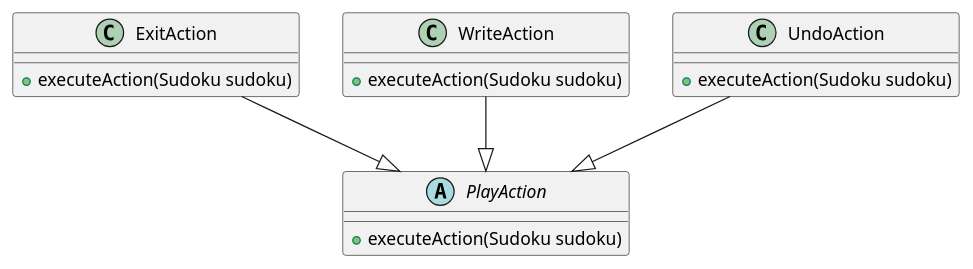
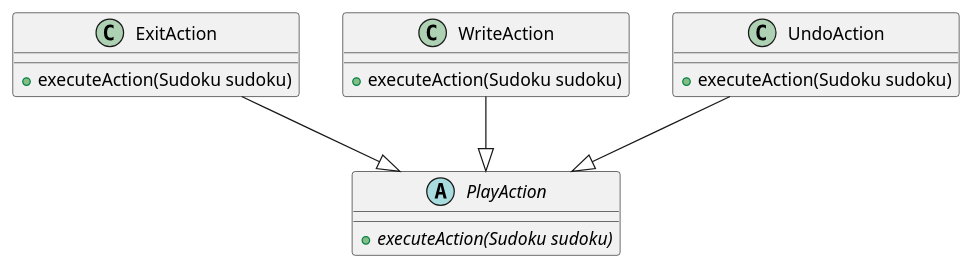
One commit to mohjohfox/cli-sudoku changed the diagram in uml/solid/ocp_1.puml. Above: the diagram before and after it, drawn with PlantUML. The commit also changed 18 other files, not shown here.

```diff
--- a/uml/solid/ocp_1.puml
+++ b/uml/solid/ocp_1.puml
@@ -1,21 +1,21 @@
 @startuml
 abstract class PlayAction {
-   + executeAction(Sudoku sudoku)
+   + {abstract} executeAction(Sudoku sudoku)
 }
 
 class ExitAction {
     + executeAction(Sudoku sudoku)
 }
 
 class WriteAction {
     + executeAction(Sudoku sudoku)
 }
 
 class UndoAction {
     + executeAction(Sudoku sudoku)
 }
 
 ExitAction --|> PlayAction
 WriteAction --|> PlayAction
 UndoAction --|> PlayAction
 @enduml
```
